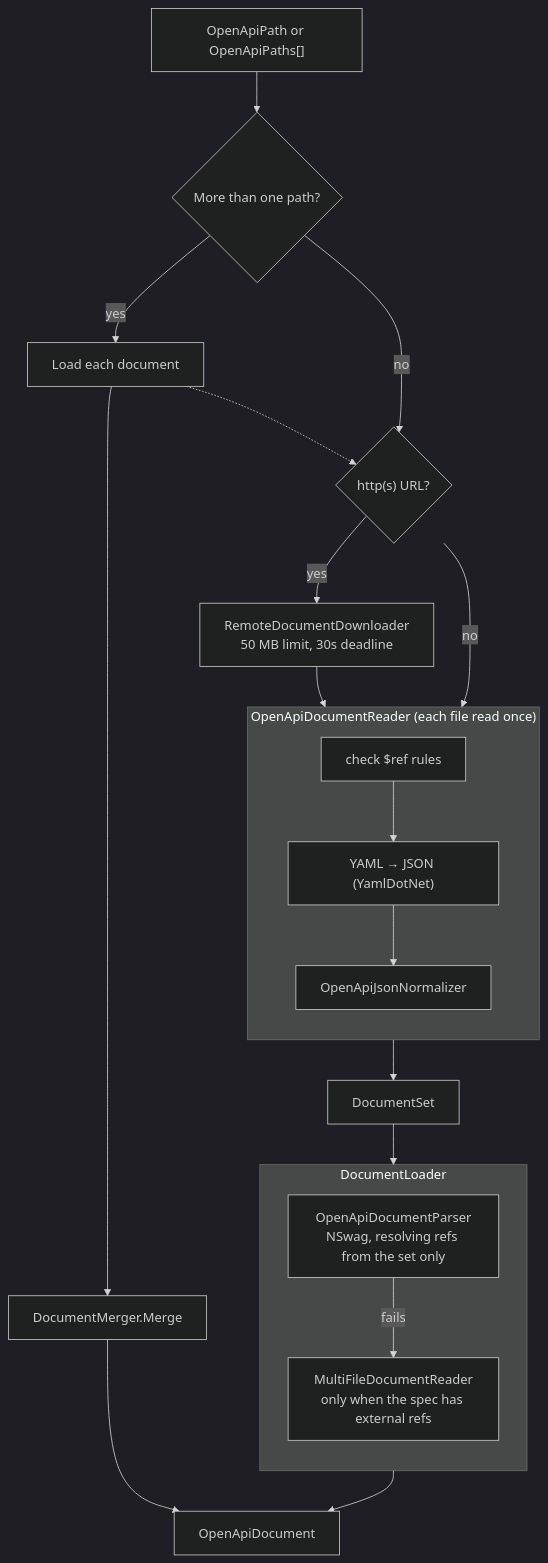
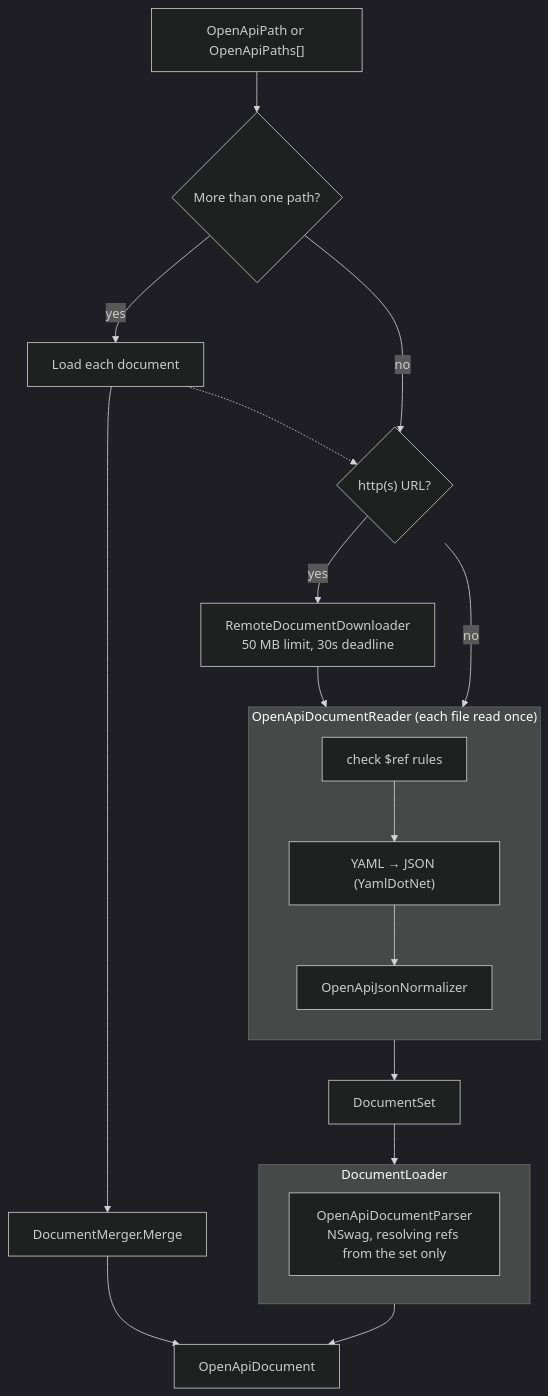
Before and after one commit to christianhelle/refitter: the third of 10 diagrams in docs/docfx_project/articles/technical/core-pipeline.md, drawn with Mermaid (dark theme). The commit also changed other lines of this file and 2 other files, not shown here.

Commit message:
Document that validation and generation share one document set

````diff
--- a/docs/docfx_project/articles/technical/core-pipeline.md
+++ b/docs/docfx_project/articles/technical/core-pipeline.md
@@ -84,24 +84,23 @@
 ```mermaid
 flowchart TD
     IN["OpenApiPath or OpenApiPaths[]"] --> MULTI{"More than one path?"}
     MULTI -- yes --> EACH["Load each document"] --> MERGE["DocumentMerger.Merge"]
     MULTI -- no --> KIND
     EACH -.-> KIND
     KIND{"http(s) URL?"}
     KIND -- yes --> HTTP["RemoteDocumentDownloader<br/>50 MB limit, 30s deadline"] --> READ
     KIND -- no --> READ
 
     subgraph READ["OpenApiDocumentReader (each file read once)"]
         direction TB
         R1["check $ref rules"] --> R2["YAML → JSON (YamlDotNet)"] --> R3["OpenApiJsonNormalizer"]
     end
 
     READ --> SET["DocumentSet"]
     SET --> LOADER
     subgraph LOADER["DocumentLoader"]
-        direction TB
-        S1["OpenApiDocumentParser<br/>NSwag, resolving refs from the set only"] -- fails --> S2["MultiFileDocumentReader<br/>only when the spec has external refs"]
+        S1["OpenApiDocumentParser<br/>NSwag, resolving refs from the set only"]
     end
     LOADER --> DOC["OpenApiDocument"]
     MERGE --> DOC
 ```
````
